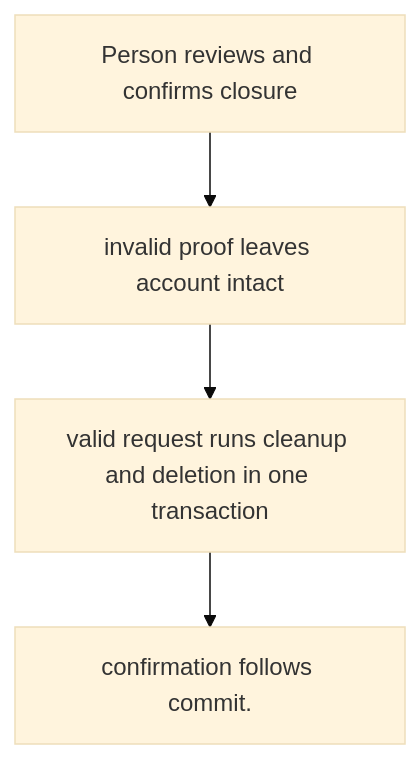
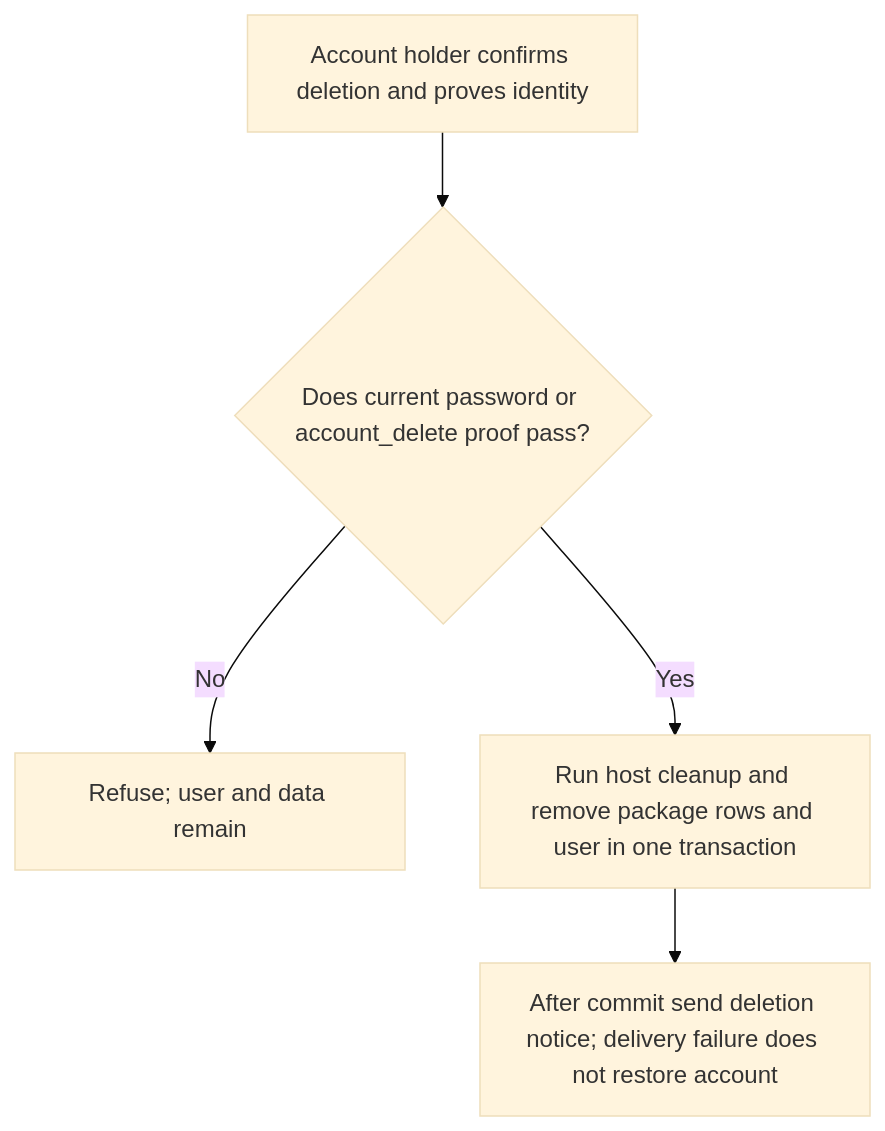
The first of 2 diagrams in user-stories/US-ACCOUNT-19-delete-account.md (Kevinjohn/oss-adonisjs-account-kit), drawn with Mermaid (base theme) before and after one commit. The commit also changed other lines of this file and 9 other files, not shown here.

````diff
--- a/user-stories/US-ACCOUNT-19-delete-account.md
+++ b/user-stories/US-ACCOUNT-19-delete-account.md
@@ -20,10 +18,7 @@
 ```mermaid
 flowchart TD
-    U0["Person reviews and confirms closure"]
-    U1["invalid proof leaves account intact"]
-    U0 --> U1
-    U2["valid request runs cleanup and deletion in one transaction"]
-    U1 --> U2
-    U3["confirmation follows commit."]
-    U2 --> U3
+ A["Account holder confirms deletion and proves identity"] --> B{"Does current password or account_delete proof pass?"}
+ B -->|No| C["Refuse; user and data remain"]
+ B -->|Yes| D["Run host cleanup and remove package rows and user in one transaction"]
+ D --> E["After commit send deletion notice; delivery failure does not restore account"]
 ```
````
